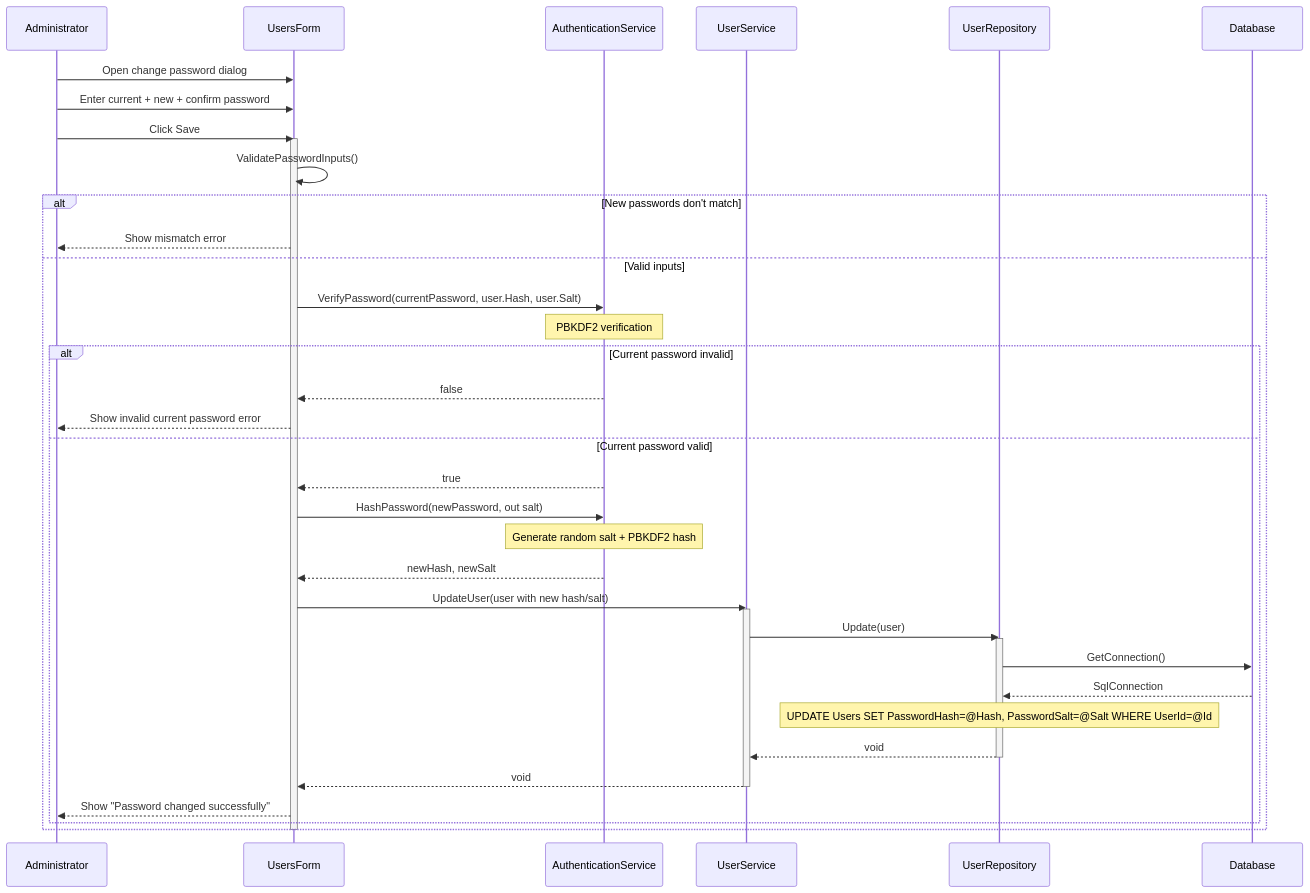
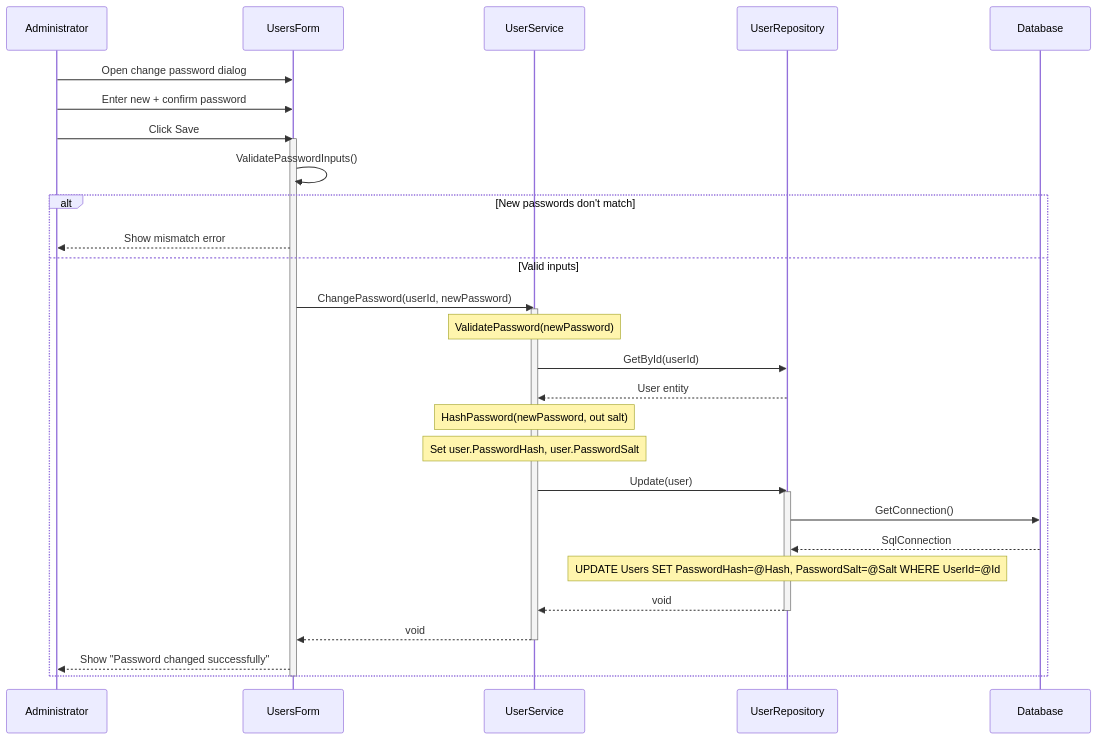
Before and after one commit to nahuk86/tp_diploma_nk_2026: the ninth of 10 diagrams in Documentation/UML_Diagrams/04_User_Management_Process_Sequence_Diagram.md, drawn with Mermaid. The commit also changed other lines of this file and 6 other files, not shown here.

Commit message:
Update UML diagrams 01-07 to reflect actual implementation

````diff
--- a/Documentation/UML_Diagrams/04_User_Management_Process_Sequence_Diagram.md
+++ b/Documentation/UML_Diagrams/04_User_Management_Process_Sequence_Diagram.md
@@ -299,43 +299,36 @@
 ```mermaid
 sequenceDiagram
     participant Admin as Administrator
     participant UI as UsersForm
-    participant AUTH as AuthenticationService
     participant BLL as UserService
     participant UserRepo as UserRepository
     participant DB as Database
 
     Admin->>UI: Open change password dialog
-    Admin->>UI: Enter current + new + confirm password
+    Admin->>UI: Enter new + confirm password
     Admin->>UI: Click Save
     activate UI
     UI->>UI: ValidatePasswordInputs()
     alt New passwords don't match
         UI-->>Admin: Show mismatch error
     else Valid inputs
-        UI->>AUTH: VerifyPassword(currentPassword, user.Hash, user.Salt)
-        Note over AUTH: PBKDF2 verification
-        alt Current password invalid
-            AUTH-->>UI: false
-            UI-->>Admin: Show invalid current password error
-        else Current password valid
-            AUTH-->>UI: true
-            UI->>AUTH: HashPassword(newPassword, out salt)
-            Note over AUTH: Generate random salt + PBKDF2 hash
-            AUTH-->>UI: newHash, newSalt
-            UI->>BLL: UpdateUser(user with new hash/salt)
-            activate BLL
-            BLL->>UserRepo: Update(user)
-            activate UserRepo
-            UserRepo->>DB: GetConnection()
-            DB-->>UserRepo: SqlConnection
-            Note over UserRepo: UPDATE Users SET PasswordHash=@Hash, PasswordSalt=@Salt WHERE UserId=@Id
-            UserRepo-->>BLL: void
-            deactivate UserRepo
-            BLL-->>UI: void
-            deactivate BLL
-            UI-->>Admin: Show "Password changed successfully"
-        end
+        UI->>BLL: ChangePassword(userId, newPassword)
+        activate BLL
+        Note over BLL: ValidatePassword(newPassword)
+        BLL->>UserRepo: GetById(userId)
+        UserRepo-->>BLL: User entity
+        Note over BLL: HashPassword(newPassword, out salt)
+        Note over BLL: Set user.PasswordHash, user.PasswordSalt
+        BLL->>UserRepo: Update(user)
+        activate UserRepo
+        UserRepo->>DB: GetConnection()
+        DB-->>UserRepo: SqlConnection
+        Note over UserRepo: UPDATE Users SET PasswordHash=@Hash, PasswordSalt=@Salt WHERE UserId=@Id
+        UserRepo-->>BLL: void
+        deactivate UserRepo
+        BLL-->>UI: void
+        deactivate BLL
+        UI-->>Admin: Show "Password changed successfully"
     end
     deactivate UI
 ```
````
